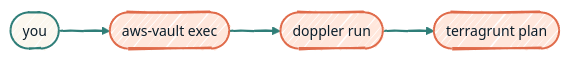
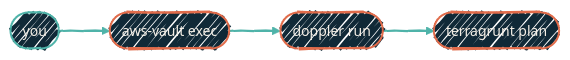
The third of 3 diagrams in security/how-it-fits-together.mdx (dryvist/docs), drawn with Mermaid before and after one commit. The commit also changed other lines of this file and 11 other files, not shown here.

````diff
--- a/security/how-it-fits-together.mdx
+++ b/security/how-it-fits-together.mdx
@@ -74,18 +74,18 @@
 ```mermaid
-%%{init: {'theme':'base','look':'handDrawn','themeVariables':{'fontFamily':'Geist','fontSize':'14px','primaryColor':'#FBF7EE','primaryTextColor':'#0B1D2A','primaryBorderColor':'#2F7E78','lineColor':'#2F7E78','secondaryColor':'#F4EFE6','tertiaryColor':'#FFE7DC','clusterBkg':'rgba(47,126,120,0.06)','clusterBorder':'#2F7E78'}}}%%
+%%{init: {'theme':'base','look':'handDrawn','themeVariables':{'fontFamily':'Geist','fontSize':'14px','primaryColor':'#102937','primaryTextColor':'#F4EFE6','primaryBorderColor':'#4FB3A9','lineColor':'#4FB3A9','secondaryColor':'#0B1D2A','tertiaryColor':'#1A2A38','clusterBkg':'rgba(79,179,169,0.08)','clusterBorder':'#4FB3A9'}}}%%
 flowchart LR
   You([you])
   AV([aws-vault exec])
   DR([doppler run])
   TG([terragrunt plan])
 
   You --> AV --> DR --> TG
 
-  classDef host fill:#FBF7EE,stroke:#2F7E78,stroke-width:2px,color:#0B1D2A;
-  classDef proc fill:#FFE7DC,stroke:#E06B4A,stroke-width:2px,color:#0B1D2A;
+  classDef host fill:#102937,stroke:#4FB3A9,stroke-width:2px,color:#F4EFE6;
+  classDef proc fill:#102937,stroke:#E06B4A,stroke-width:2px,color:#F4EFE6;
 
   class You host
   class AV,DR,TG proc
 
-  linkStyle 0,1,2 stroke:#2F7E78,stroke-width:2px;
+  linkStyle 0,1,2 stroke:#4FB3A9,stroke-width:2px;
 ```
````
